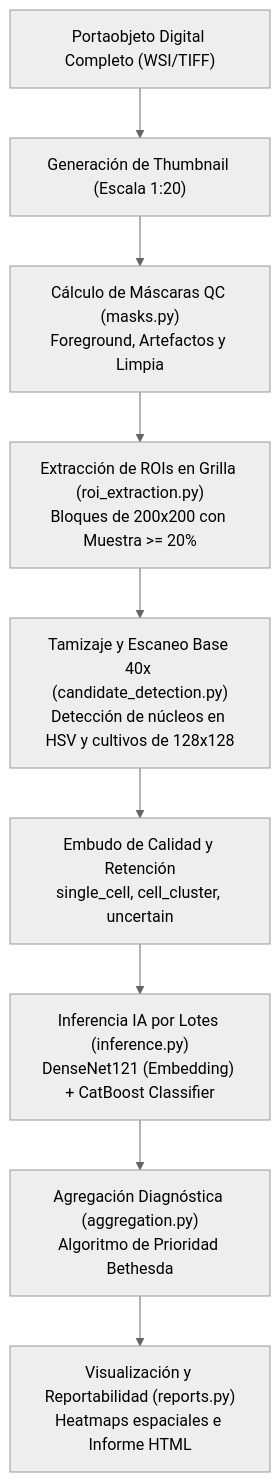
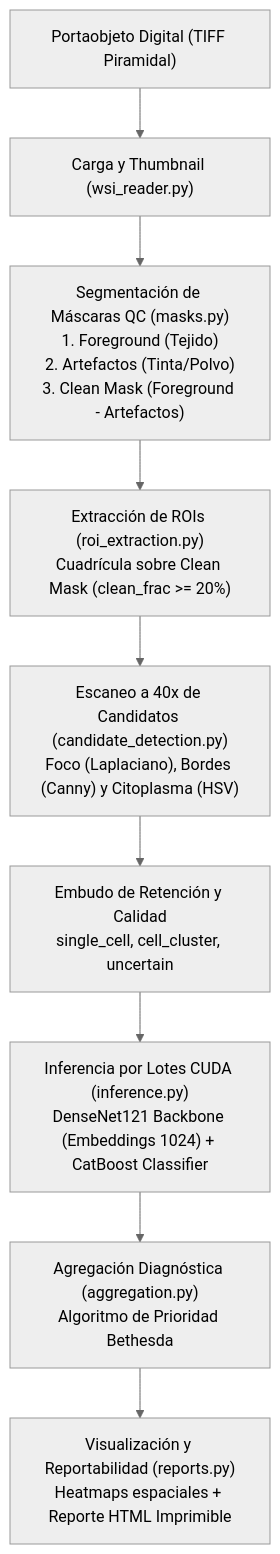
One commit to MavallesC/CytoAssist-AI changed the diagram in capitulo_6_draft.md. Above: the diagram before and after it, drawn with Mermaid (neutral theme). The commit also changed other lines of this file and 1 other file, not shown here.

````diff
--- a/capitulo_6_draft.md
+++ b/capitulo_6_draft.md
@@ -49,11 +52,11 @@
 ```mermaid
 graph TD
-    A["Portaobjeto Digital Completo (WSI/TIFF)"] --> B["Generación de Thumbnail (Escala 1:20)"]
-    B --> C["Cálculo de Máscaras QC (masks.py)<br>Foreground, Artefactos y Limpia"]
-    C --> D["Extracción de ROIs en Grilla (roi_extraction.py)<br>Bloques de 200x200 con Muestra >= 20%"]
-    D --> E["Tamizaje y Escaneo Base 40x (candidate_detection.py)<br>Detección de núcleos en HSV y cultivos de 128x128"]
-    E --> F["Embudo de Calidad y Retención<br>single_cell, cell_cluster, uncertain"]
-    F --> G["Inferencia IA por Lotes (inference.py)<br>DenseNet121 (Embedding) + CatBoost Classifier"]
-    G --> H["Agregación Diagnóstica (aggregation.py)<br>Algoritmo de Prioridad Bethesda"]
-    H --> I["Visualización y Reportabilidad (reports.py)<br>Heatmaps espaciales e Informe HTML"]
+    WSI["Portaobjeto Digital (TIFF Piramidal)"] --> THUMB["Carga y Thumbnail (wsi_reader.py)"]
+    THUMB --> MASKS["Segmentación de Máscaras QC (masks.py)<br>1. Foreground (Tejido)<br>2. Artefactos (Tinta/Polvo)<br>3. Clean Mask (Foreground - Artefactos)"]
+    MASKS --> ROIS["Extracción de ROIs (roi_extraction.py)<br>Cuadrícula sobre Clean Mask (clean_frac >= 20%)"]
+    ROIS --> CAND["Escaneo a 40x de Candidatos (candidate_detection.py)<br>Foco (Laplaciano), Bordes (Canny) y Citoplasma (HSV)"]
+    CAND --> FUNNEL["Embudo de Retención y Calidad<br>single_cell, cell_cluster, uncertain"]
+    FUNNEL --> BATCH["Inferencia por Lotes CUDA (inference.py)<br>DenseNet121 Backbone (Embeddings 1024) + CatBoost Classifier"]
+    BATCH --> AGG["Agregación Diagnóstica (aggregation.py)<br>Algoritmo de Prioridad Bethesda"]
+    AGG --> REPORT["Visualización y Reportabilidad (reports.py)<br>Heatmaps espaciales + Reporte HTML Imprimible"]
 ```
````
